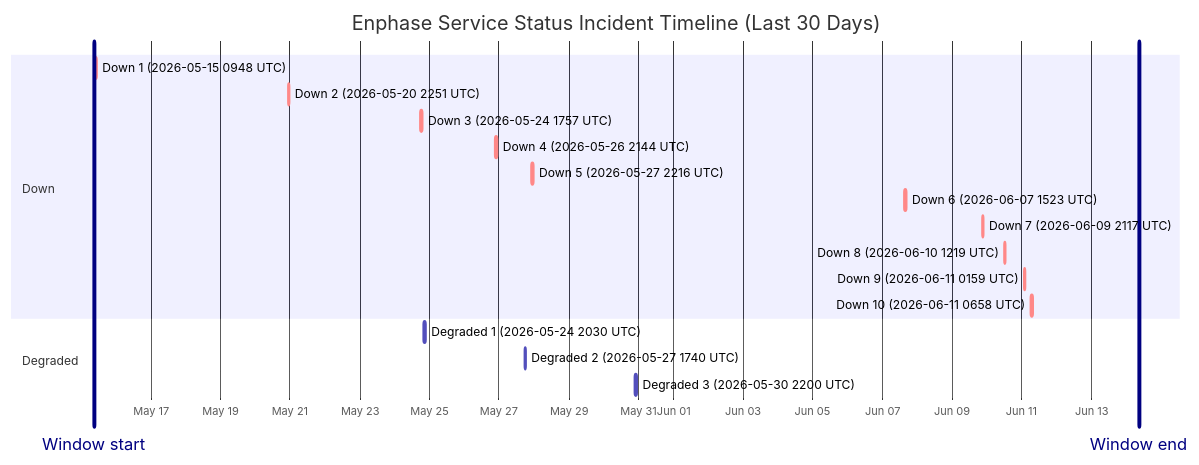
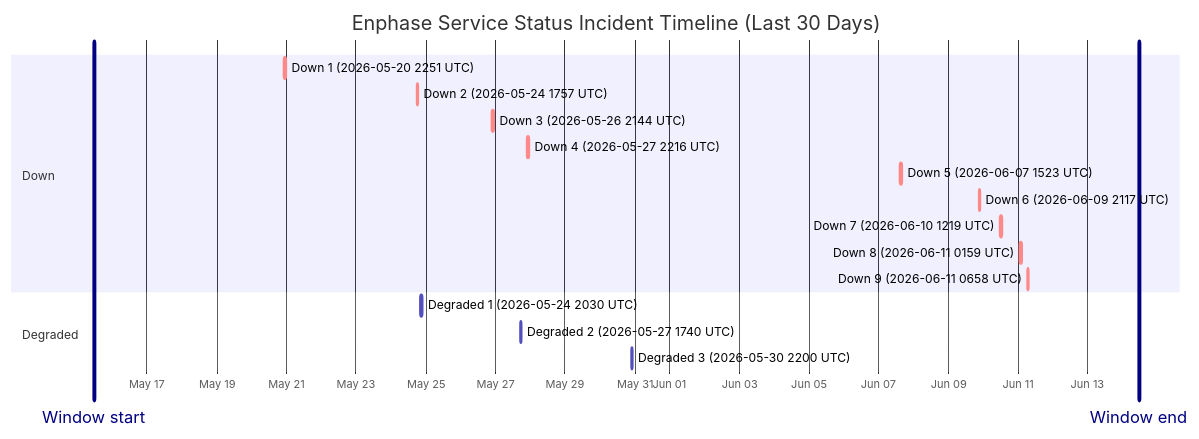
The diagram in wiki/Service-Status-History.md (barneyonline/ha-enphase-energy), drawn with Mermaid before and after one commit. The commit also changed other lines of this file and 3 other files, not shown here.

````diff
--- a/wiki/Service-Status-History.md
+++ b/wiki/Service-Status-History.md
@@ -14,23 +14,22 @@
 ```mermaid
 gantt
     title Enphase Service Status Incident Timeline (Last 30 Days)
     dateFormat  YYYY-MM-DDTHH:mm:ss
     axisFormat  %b %d
-    Window start :vert, window-start, 2026-05-15T08:52:53, 0ms
-    Window end :vert, window-end, 2026-06-14T08:52:53, 0ms
+    Window start :vert, window-start, 2026-05-15T11:29:36, 0ms
+    Window end :vert, window-end, 2026-06-14T11:29:36, 0ms
     section Down
-    Down 1 (2026-05-15 0948 UTC) :crit, down-1, 2026-05-15T09:48:18, 60m
-    Down 2 (2026-05-20 2251 UTC) :crit, down-2, 2026-05-20T22:51:14, 75m
-    Down 3 (2026-05-24 1757 UTC) :crit, down-3, 2026-05-24T17:57:41, 86m
-    Down 4 (2026-05-26 2144 UTC) :crit, down-4, 2026-05-26T21:44:11, 85m
-    Down 5 (2026-05-27 2216 UTC) :crit, down-5, 2026-05-27T22:16:53, 87m
-    Down 6 (2026-06-07 1523 UTC) :crit, down-6, 2026-06-07T15:23:22, 87m
-    Down 7 (2026-06-09 2117 UTC) :crit, down-7, 2026-06-09T21:17:17, 60m
-    Down 8 (2026-06-10 1219 UTC) :crit, down-8, 2026-06-10T12:19:21, 60m
-    Down 9 (2026-06-11 0159 UTC) :crit, down-9, 2026-06-11T01:59:36, 60m
-    Down 10 (2026-06-11 0658 UTC) :crit, down-10, 2026-06-11T06:58:45, 60m
+    Down 1 (2026-05-20 2251 UTC) :crit, down-1, 2026-05-20T22:51:14, 75m
+    Down 2 (2026-05-24 1757 UTC) :crit, down-2, 2026-05-24T17:57:41, 86m
+    Down 3 (2026-05-26 2144 UTC) :crit, down-3, 2026-05-26T21:44:11, 85m
+    Down 4 (2026-05-27 2216 UTC) :crit, down-4, 2026-05-27T22:16:53, 87m
+    Down 5 (2026-06-07 1523 UTC) :crit, down-5, 2026-06-07T15:23:22, 87m
+    Down 6 (2026-06-09 2117 UTC) :crit, down-6, 2026-06-09T21:17:17, 60m
+    Down 7 (2026-06-10 1219 UTC) :crit, down-7, 2026-06-10T12:19:21, 60m
+    Down 8 (2026-06-11 0159 UTC) :crit, down-8, 2026-06-11T01:59:36, 60m
+    Down 9 (2026-06-11 0658 UTC) :crit, down-9, 2026-06-11T06:58:45, 60m
     section Degraded
     Degraded 1 (2026-05-24 2030 UTC) :active, degraded-1, 2026-05-24T20:30:57, 84m
     Degraded 2 (2026-05-27 1740 UTC) :active, degraded-2, 2026-05-27T17:40:52, 60m
     Degraded 3 (2026-05-30 2200 UTC) :active, degraded-3, 2026-05-30T22:00:37, 60m
 ```
````
